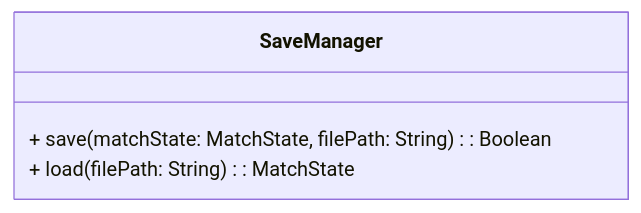
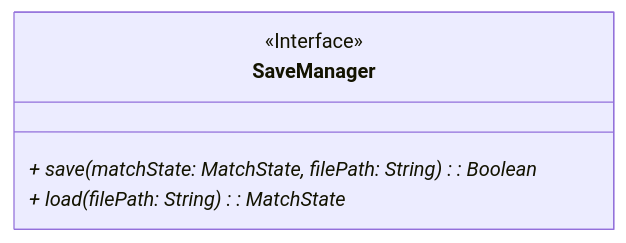
The sixth of 12 diagrams in docs/report/5-detailed-design.md (Borgotto/PPS-25-scalatello), drawn with Mermaid before and after one commit. The commit also changed other lines of this file, not shown here.

````diff
--- a/docs/report/5-detailed-design.md
+++ b/docs/report/5-detailed-design.md
@@ -166,7 +170,7 @@
 ```mermaid
 classDiagram
-    class SaveManager {
-        + save(matchState: MatchState, filePath: String): Boolean
-        + load(filePath: String): MatchState
+    class SaveManager <<Interface>> {
+        + save(matchState: MatchState, filePath: String)*: Boolean
+        + load(filePath: String)*: MatchState
     }
 ```
````
